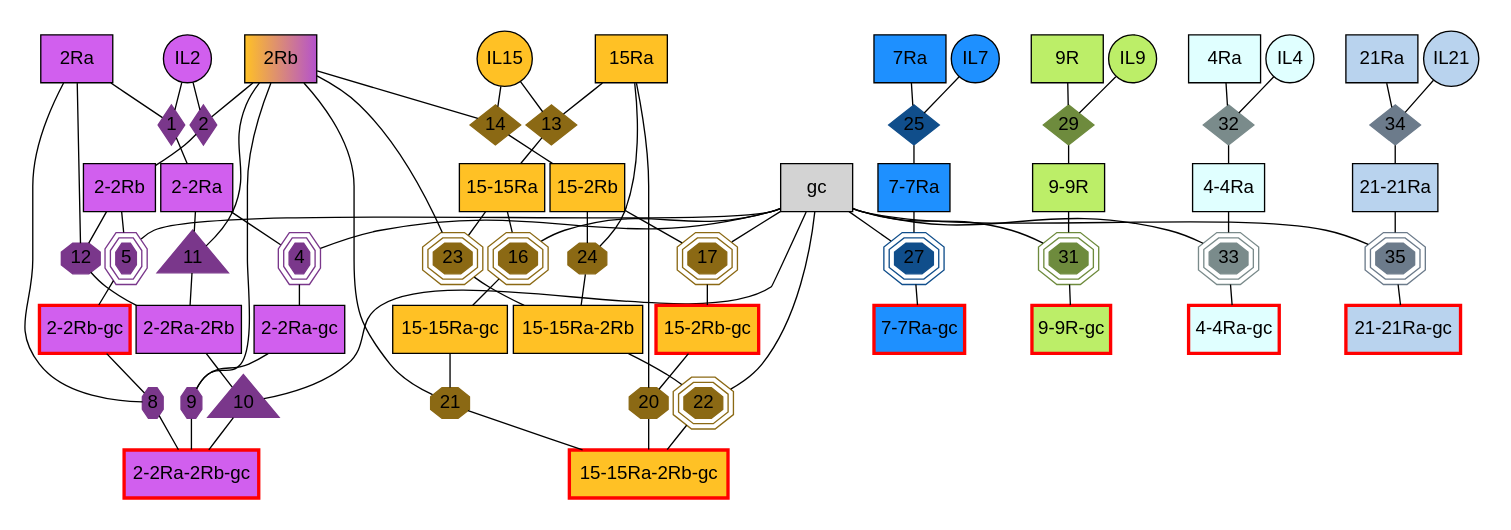
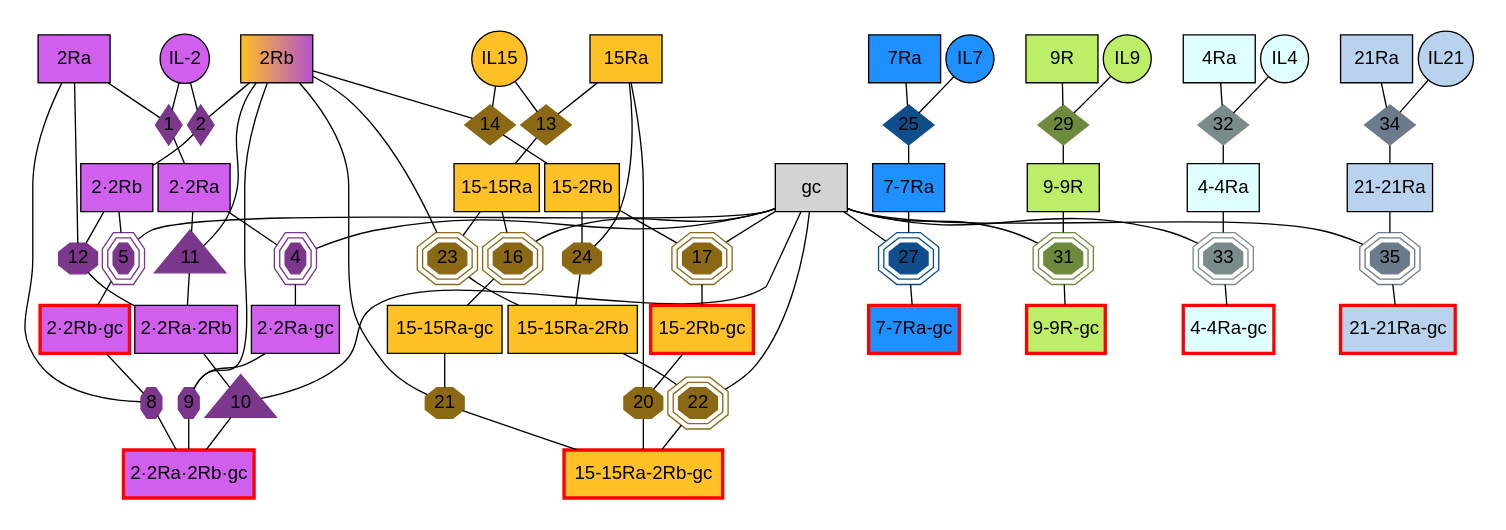
Before and after one commit to meyer-lab/gc-valent: the diagram in ckine/data/graph_all.gv, drawn with Graphviz.

Commit message:
try interpunct with graph_all

```diff
--- a/ckine/data/graph_all.gv
+++ b/ckine/data/graph_all.gv
@@ -11,17 +11,17 @@
     subgraph species {
         node [margin=0.03];
 
-        "IL2"   [shape=circle, fontname = "helvetica", fillcolor=mediumorchid2, style=filled ];
+        "IL-2"   [shape=circle, fontname = "helvetica", fillcolor=mediumorchid2, style=filled ];
         "2Ra" [shape=box, fontname = "helvetica", fillcolor=mediumorchid2, style=filled   ];
         "2Rb" [shape=box, style=filled, fontname = "helvetica", fillcolor="goldenrod1:mediumorchid3", style=filled];
-        "2-2Ra" [shape=box, fontname = "helvetica", fillcolor=mediumorchid2, style=filled];
-        "2-2Rb" [shape=box, fontname = "helvetica", fillcolor=mediumorchid2, style=filled];
-        "2-2Ra" [shape=box, fontname = "helvetica", fillcolor=mediumorchid2, style=filled];
-        "2-2Ra" [shape=box, fontname = "helvetica", fillcolor=mediumorchid2, style=filled];
-        "2-2Ra-2Rb" [shape=box, fontname = "helvetica", fillcolor=mediumorchid2, style=filled ];
-        "2-2Ra-gc" [shape=box, fontname = "helvetica" , fillcolor=mediumorchid2, style=filled];
-        "2-2Rb-gc" [shape=box, color=red, fontname = "helvetica" , fillcolor=mediumorchid2, style=filled, penwidth=2.5];
-        "2-2Ra-2Rb-gc" [shape=box, color=red, fontname = "helvetica", fillcolor=mediumorchid2, style=filled , penwidth=2.5];
+        "2·2Ra" [shape=box, fontname = "helvetica", fillcolor=mediumorchid2, style=filled];
+        "2·2Rb" [shape=box, fontname = "helvetica", fillcolor=mediumorchid2, style=filled];
+        "2·2Ra" [shape=box, fontname = "helvetica", fillcolor=mediumorchid2, style=filled];
+        "2·2Ra" [shape=box, fontname = "helvetica", fillcolor=mediumorchid2, style=filled];
+        "2·2Ra·2Rb" [shape=box, fontname = "helvetica", fillcolor=mediumorchid2, style=filled ];
+        "2·2Ra·gc" [shape=box, fontname = "helvetica" , fillcolor=mediumorchid2, style=filled];
+        "2·2Rb·gc" [shape=box, color=red, fontname = "helvetica" , fillcolor=mediumorchid2, style=filled, penwidth=2.5];
+        "2·2Ra·2Rb·gc" [shape=box, color=red, fontname = "helvetica", fillcolor=mediumorchid2, style=filled , penwidth=2.5];
 
         "IL15"  [shape=circle, fontname = "helvetica", fillcolor=goldenrod1, style=filled];
         "15Ra"    [shape=box, fontname = "helvetica", fillcolor=goldenrod1, style=filled];
@@ -58,49 +58,49 @@
         penwidth=0;
 
         "1" [shape=diamond,style=filled,height=.1,width=.1, fontname = "helvetica"];
-        "IL2" -> "1" [dir=none,weight=1];
+        "IL-2" -> "1" [dir=none,weight=1];
         "2Ra" -> "1" [dir=none,weight=1];
-        "1" -> "2-2Ra" [dir=none, weight=2];
+        "1" -> "2·2Ra" [dir=none, weight=2];
 
         "2" [shape=diamond,style=filled,height=.1,width=.1, fontname = "helvetica"];
-        "IL2" -> "2" [dir=none,weight=1];
+        "IL-2" -> "2" [dir=none,weight=1];
         "2Rb" -> "2" [dir=none,weight=1];
-        "2" -> "2-2Rb" [dir=none, weight=2];
+        "2" -> "2·2Rb" [dir=none, weight=2];
 
         "4" [shape=tripleoctagon,style=filled,height=.1,width=.1, fontname = "helvetica"];
-        "2-2Ra" -> "4" [dir=none,weight=1];
+        "2·2Ra" -> "4" [dir=none,weight=1];
         "gc" -> "4" [dir=none,weight=1];
-        "4" -> "2-2Ra-gc" [dir=none, weight=2];
+        "4" -> "2·2Ra·gc" [dir=none, weight=2];
 
         "5" [shape=tripleoctagon,style=filled,height=.1,width=.1, fontname = "helvetica"];
-        "2-2Rb" -> "5" [dir=none,weight=1];
+        "2·2Rb" -> "5" [dir=none,weight=1];
         "gc" -> "5" [dir=none,weight=1];
-        "5" -> "2-2Rb-gc" [dir=none, weight=2];
+        "5" -> "2·2Rb·gc" [dir=none, weight=2];
 
         "8" [shape=octagon,style=filled,height=.1,width=.1, fontname = "helvetica"];
-        "2-2Rb-gc" -> "8" [dir=none,weight=1];
+        "2·2Rb·gc" -> "8" [dir=none,weight=1];
         "2Ra" -> "8" [dir=none,weight=1];
-        "8" -> "2-2Ra-2Rb-gc" [dir=none, weight=2, fontname = "helvetica"];
+        "8" -> "2·2Ra·2Rb·gc" [dir=none, weight=2, fontname = "helvetica"];
 
         "9" [shape=octagon,style=filled,height=.1,width=.1, fontname = "helvetica"];
-        "2-2Ra-gc" -> "9" [dir=none,weight=1];
+        "2·2Ra·gc" -> "9" [dir=none,weight=1];
         "2Rb" -> "9" [dir=none,weight=1];
-        "9" -> "2-2Ra-2Rb-gc" [dir=none, weight=2];
+        "9" -> "2·2Ra·2Rb·gc" [dir=none, weight=2];
 
         "10" [shape=triangle,style=filled,height=.1,width=.04, fontname = "helvetica"];
-        "2-2Ra-2Rb" -> "10" [dir=none,weight=1];
+        "2·2Ra·2Rb" -> "10" [dir=none,weight=1];
         "gc" -> "10" [dir=none,weight=1];
-        "10" -> "2-2Ra-2Rb-gc" [dir=none, weight=2];
+        "10" -> "2·2Ra·2Rb·gc" [dir=none, weight=2];
 
         "11" [shape=triangle,style=filled,height=.1,width=.04, fontname = "helvetica"];
-        "2-2Ra" -> "11" [dir=none,weight=1];
+        "2·2Ra" -> "11" [dir=none,weight=1];
         "2Rb" -> "11" [dir=none,weight=1];
-        "11" -> "2-2Ra-2Rb" [dir=none, weight=2];
+        "11" -> "2·2Ra·2Rb" [dir=none, weight=2];
 
         "12" [shape=octagon,style=filled,height=.1,width=.1, fontname = "helvetica"];
-        "2-2Rb" -> "12" [dir=none,weight=1];
+        "2·2Rb" -> "12" [dir=none,weight=1];
         "2Ra" -> "12" [dir=none,weight=1];
-        "12" -> "2-2Ra-2Rb" [dir=none, weight=2];
+        "12" -> "2·2Ra·2Rb" [dir=none, weight=2];
     }
 
     subgraph cluster_IL15 {
```
